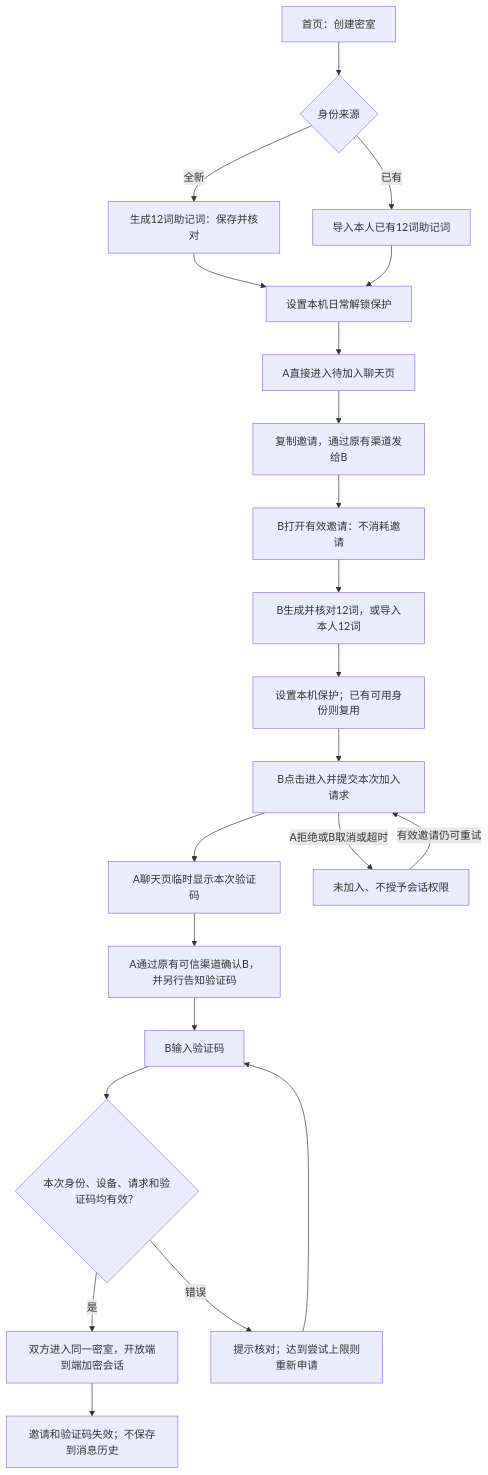
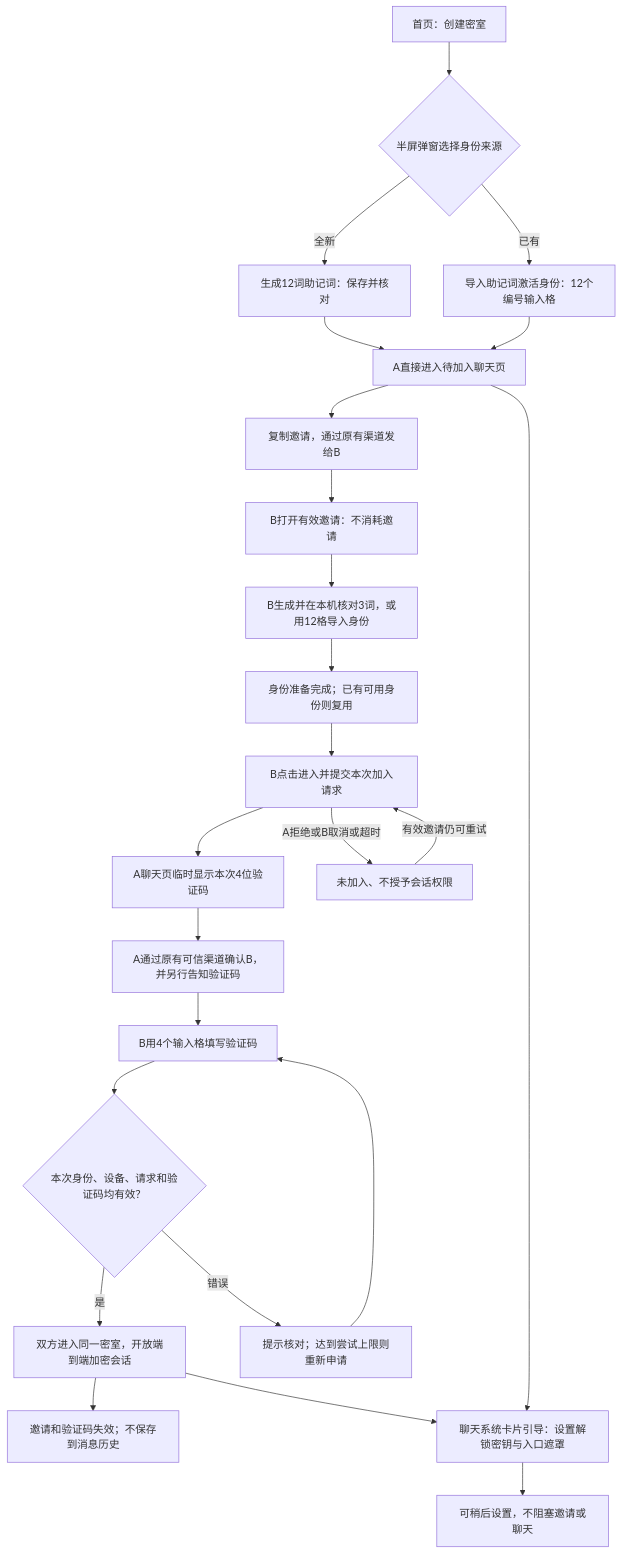
Before and after one commit to zdaiwmm/shui-IM: the first of 4 diagrams in docs/requirements/2026-10-16-personal-mnemonic-friends/flow.md, drawn with Mermaid. The commit also changed other lines of this file and 3 other files, not shown here.

````diff
--- a/docs/requirements/2026-10-16-personal-mnemonic-friends/flow.md
+++ b/docs/requirements/2026-10-16-personal-mnemonic-friends/flow.md
@@ -7,24 +7,26 @@
 ```mermaid
 flowchart TD
-  A[首页：创建密室] --> K{身份来源}
+  A[首页：创建密室] --> K{半屏弹窗选择身份来源}
   K -->|全新| G[生成12词助记词：保存并核对]
-  K -->|已有| I[导入本人已有12词助记词]
-  G --> P[设置本机日常解锁保护]
-  I --> P
-  P --> W[A直接进入待加入聊天页]
+  K -->|已有| I[导入助记词激活身份：12个编号输入格]
+  G --> W[A直接进入待加入聊天页]
+  I --> W
   W --> L[复制邀请，通过原有渠道发给B]
   L --> B[B打开有效邀请：不消耗邀请]
-  B --> BI[B生成并核对12词，或导入本人12词]
-  BI --> BP[设置本机保护；已有可用身份则复用]
+  B --> BI[B生成并在本机核对3词，或用12格导入身份]
+  BI --> BP[身份准备完成；已有可用身份则复用]
   BP --> J[B点击进入并提交本次加入请求]
-  J --> C[A聊天页临时显示本次验证码]
+  J --> C[A聊天页临时显示本次4位验证码]
   C --> T[A通过原有可信渠道确认B，并另行告知验证码]
-  T --> V[B输入验证码]
+  T --> V[B用4个输入格填写验证码]
   V --> Q{本次身份、设备、请求和验证码均有效？}
   Q -->|是| CHAT[双方进入同一密室，开放端到端加密会话]
   Q -->|错误| RETRY[提示核对；达到尝试上限则重新申请]
   RETRY --> V
   J -->|A拒绝或B取消或超时| END[未加入、不授予会话权限]
   END -->|有效邀请仍可重试| J
   CHAT --> USED[邀请和验证码失效；不保存到消息历史]
+  W --> GUIDE[聊天系统卡片引导：设置解锁密钥与入口遮罩]
+  CHAT --> GUIDE
+  GUIDE --> OPTIONAL[可稍后设置，不阻塞邀请或聊天]
 ```
````
